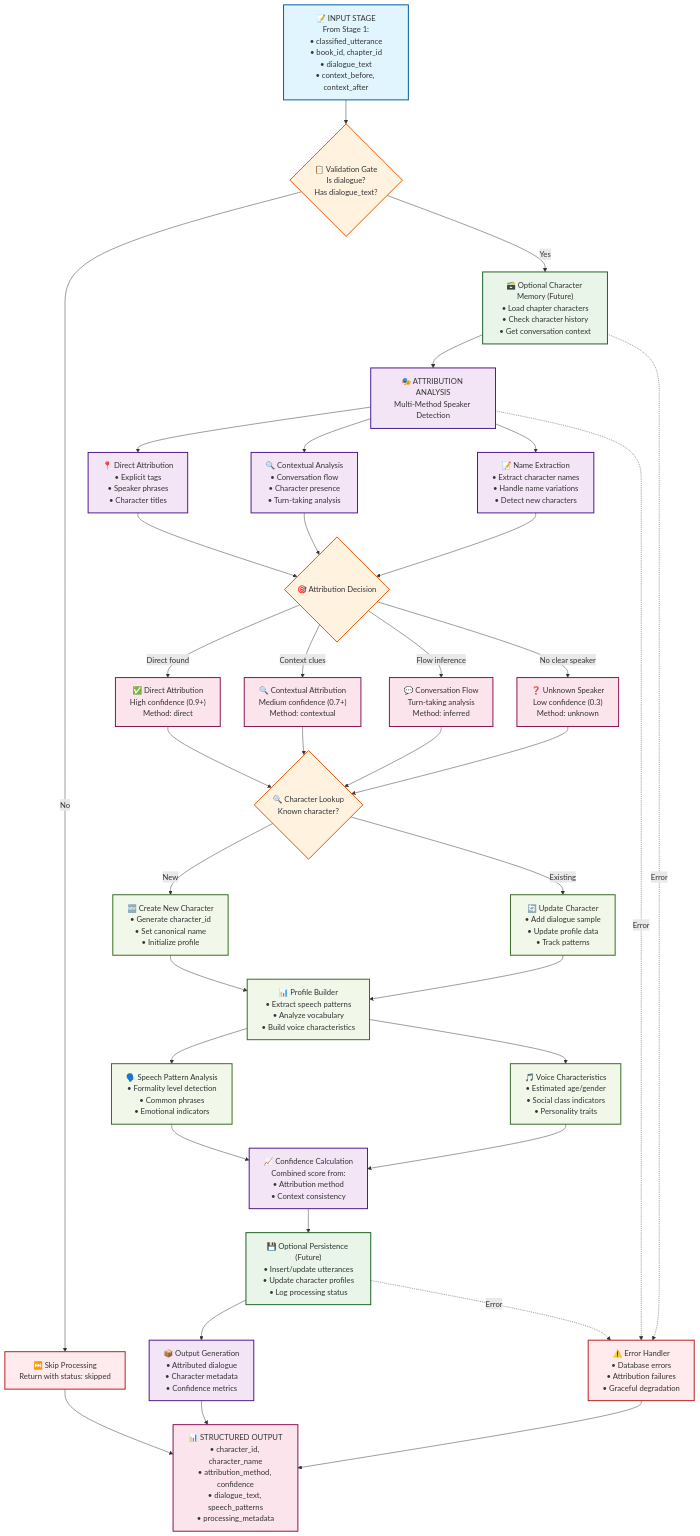
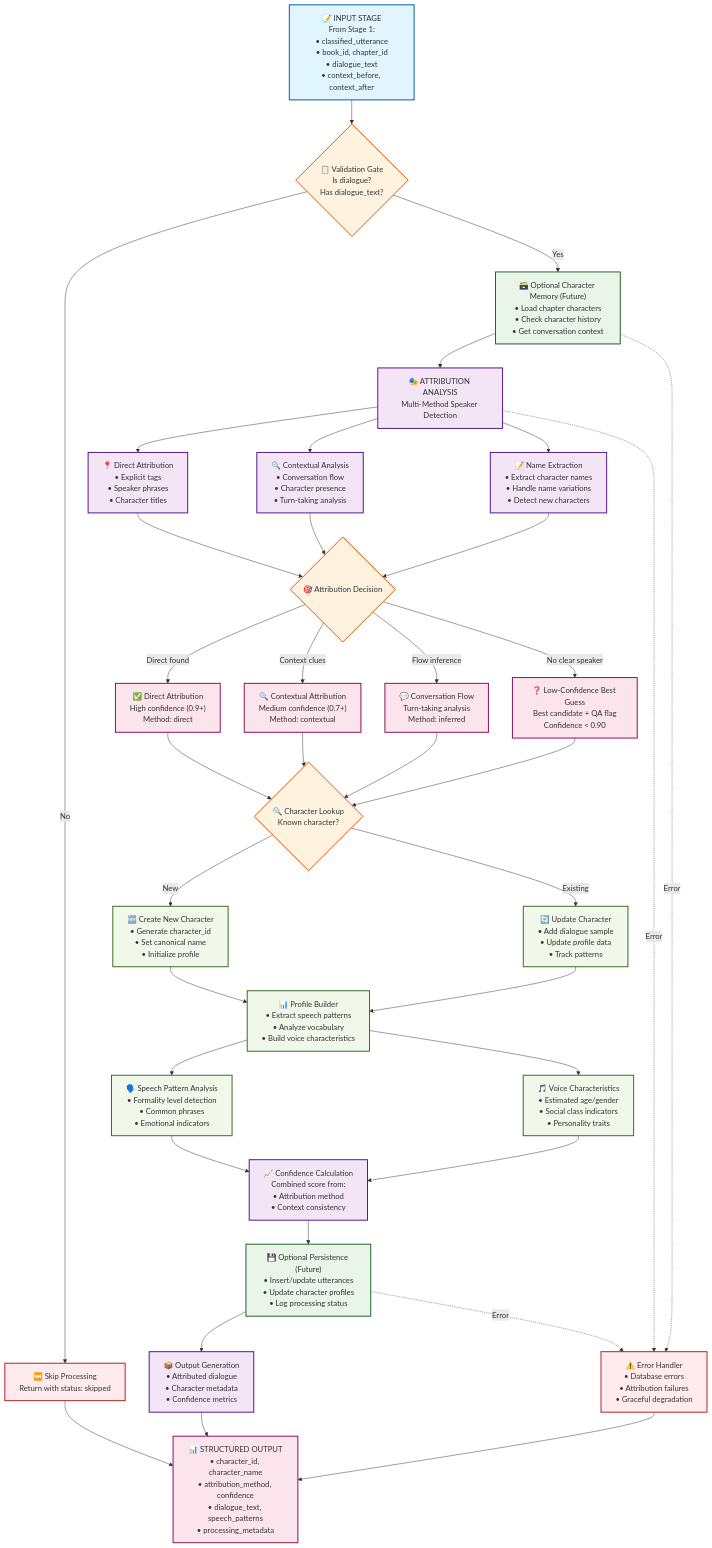
Before and after one commit to jwardwell7077/agent-audiobook-maker: the first of 2 diagrams in docs/04-diagrams/flows/agent-2-speaker-attribution-flow.md, drawn with Mermaid. The commit also changed other lines of this file and 70 other files, not shown here.

Commit message:
docs: align to redesigned MVP (Parler/Piper, no UNKNOWN, local-first QA gating); consolidate vision; update schemas/flows/diagrams; remove two-agent legacy docs

````diff
--- a/docs/04-diagrams/flows/agent-2-speaker-attribution-flow.md
+++ b/docs/04-diagrams/flows/agent-2-speaker-attribution-flow.md
@@ -47,8 +47,8 @@
     %% Conversation Flow
     CONVERSATION_FLOW["💬 Conversation Flow<br/>Turn-taking analysis<br/>Method: inferred"]
 
-    %% Unknown Speaker
-    UNKNOWN_SPEAKER["❓ Unknown Speaker<br/>Low confidence (0.3)<br/>Method: unknown"]
+  %% Low-Confidence Best Guess
+  LOW_CONF_GUESS["❓ Low-Confidence Best Guess<br/>Best candidate + QA flag<br/>Confidence < 0.90"]
 
     %% Character Management
     CHAR_LOOKUP{"🔍 Character Lookup<br/>Known character?"}
@@ -102,13 +102,13 @@
     ATTRIBUTION_DECISION -->|"Direct found"| DIRECT_FOUND
     ATTRIBUTION_DECISION -->|"Context clues"| CONTEXTUAL_FOUND
     ATTRIBUTION_DECISION -->|"Flow inference"| CONVERSATION_FLOW
-    ATTRIBUTION_DECISION -->|"No clear speaker"| UNKNOWN_SPEAKER
+  ATTRIBUTION_DECISION -->|"No clear speaker"| LOW_CONF_GUESS
 
     %% Character Management Flow
     DIRECT_FOUND --> CHAR_LOOKUP
     CONTEXTUAL_FOUND --> CHAR_LOOKUP
-    CONVERSATION_FLOW --> CHAR_LOOKUP
-    UNKNOWN_SPEAKER --> CHAR_LOOKUP
+  CONVERSATION_FLOW --> CHAR_LOOKUP
+  LOW_CONF_GUESS --> CHAR_LOOKUP
 
     CHAR_LOOKUP -->|"New"| NEW_CHARACTER
     CHAR_LOOKUP -->|"Existing"| UPDATE_CHARACTER
@@ -147,7 +147,7 @@
     class ATTRIBUTION_ANALYSIS,DIRECT_METHODS,CONTEXTUAL_METHODS,NAME_EXTRACTION,OUTPUT_GEN,CONFIDENCE_CALC processNode
     class VALIDATION,ATTRIBUTION_DECISION,CHAR_LOOKUP decisionNode
     class DB_LOOKUP,DB_UPDATES dbNode
-    class DIRECT_FOUND,CONTEXTUAL_FOUND,CONVERSATION_FLOW,UNKNOWN_SPEAKER,OUTPUT outputNode
+  class DIRECT_FOUND,CONTEXTUAL_FOUND,CONVERSATION_FLOW,LOW_CONF_GUESS,OUTPUT outputNode
     class SKIP,ERROR_HANDLER errorNode
     class NEW_CHARACTER,UPDATE_CHARACTER,PROFILE_BUILDER,SPEECH_PATTERNS,VOICE_CHARS characterNode
 ```
````
